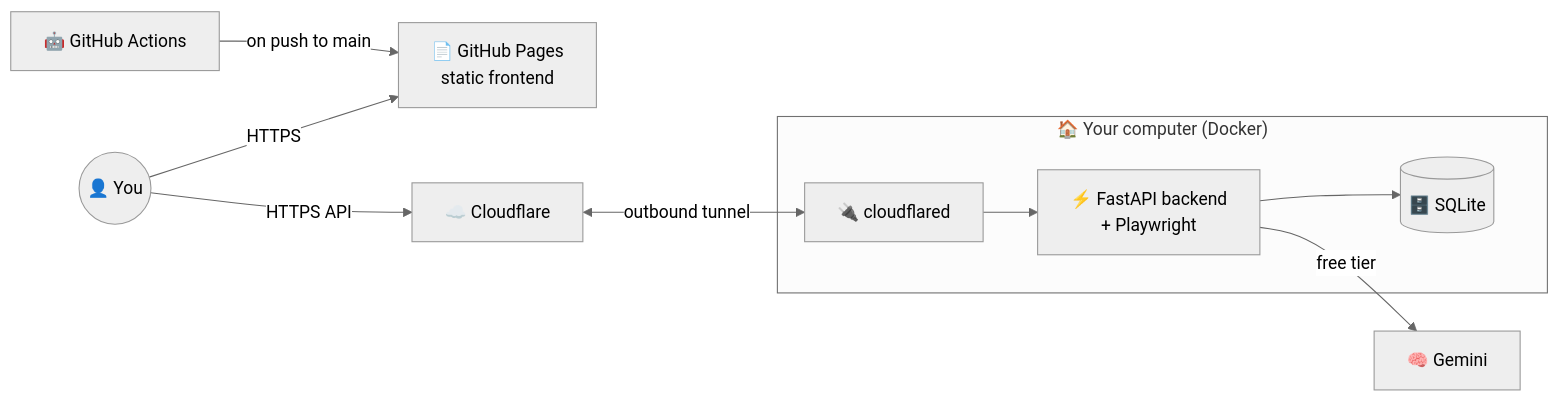
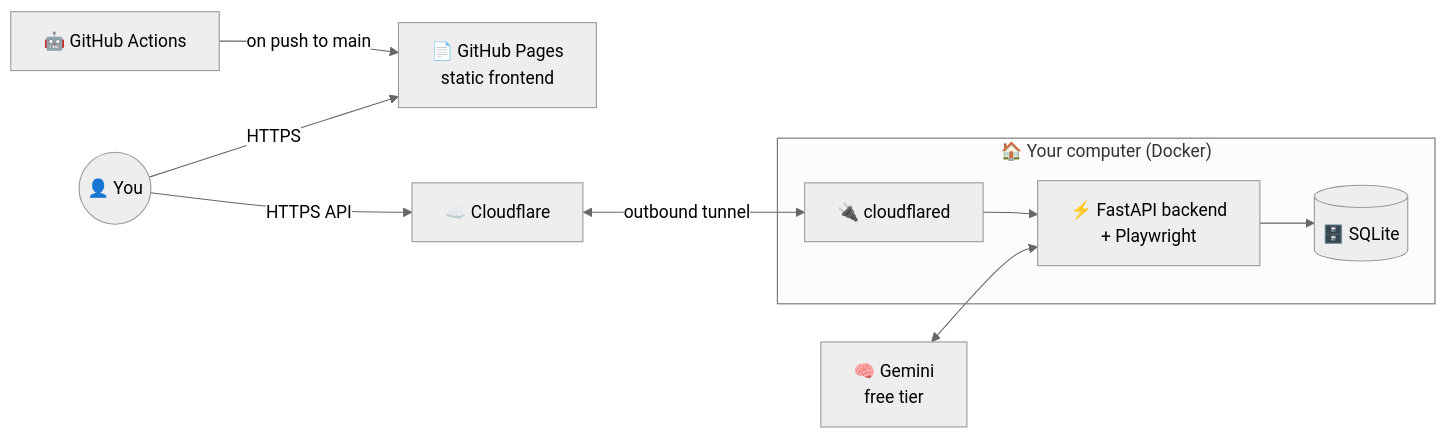
One commit to Harsh-H-Shah/PaperPlane changed the third of 3 diagrams in README.md. Above: the diagram before and after it, drawn with Mermaid (neutral theme). The commit also changed other lines of this file and 1 other file, not shown here.

First line of the commit message:
docs(readme): readable pipeline diagram, native deploy badge, GIF opens on logo

````diff
--- a/README.md
+++ b/README.md
@@ -212,12 +214,12 @@
 ```mermaid
 flowchart LR
-    U(("👤 You")) -->|HTTPS| P["📄 GitHub Pages<br/>static frontend"]
+    GH["🤖 GitHub Actions"] -->|on push to main| P["📄 GitHub Pages<br/>static frontend"]
+    U(("👤 You")) -->|HTTPS| P
     U -->|HTTPS API| CF["☁️ Cloudflare"]
     CF <-->|outbound tunnel| T["🔌 cloudflared"]
     subgraph Home["🏠 Your computer (Docker)"]
         T --> B["⚡ FastAPI backend<br/>+ Playwright"]
         B --> D[("🗄️ SQLite")]
     end
-    B -->|free tier| G["🧠 Gemini"]
-    GH["🤖 GitHub Actions"] -->|on push to main| P
+    G["🧠 Gemini<br/>free tier"] <--> B
 ```
````
